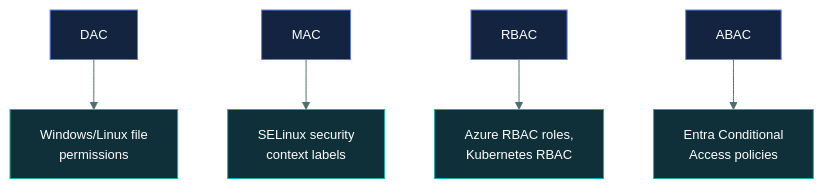
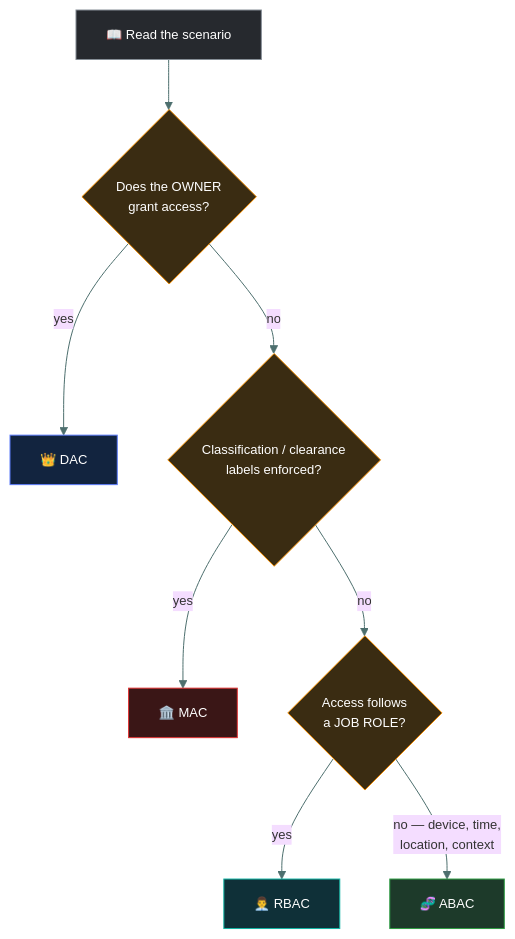
One commit to tarunTejaDesireddy/cc-exam-prep changed the fifth of 5 diagrams in 03-access-control/dac-mac-rbac-abac/README.md. Above: the diagram before and after it, drawn with Mermaid. The commit also changed other lines of this file, not shown here.

Commit message:
Replace DAC/MAC/RBAC/ABAC with caveman-style version, diagrams and questions

````diff
--- a/03-access-control/dac-mac-rbac-abac/README.md
+++ b/03-access-control/dac-mac-rbac-abac/README.md
@@ -244,17 +427,20 @@
 ```mermaid
 %%{init: {'theme':'base','themeVariables':{'fontSize':'13px','lineColor':'#4d6f6e','textColor':'#dbe7e6'}}}%%
 flowchart TD
-    D["DAC"] --> D1["Windows/Linux file<br/>permissions"]
-    M["MAC"] --> M1["SELinux security<br/>context labels"]
-    R["RBAC"] --> R1["Azure RBAC roles,<br/>Kubernetes RBAC"]
-    A["ABAC"] --> A1["Entra Conditional<br/>Access policies"]
+    S["📖 Read the scenario"] --> Q1{"Does the OWNER<br/>grant access?"}
+    Q1 -->|"yes"| D["👑 DAC"]
+    Q1 -->|"no"| Q2{"Classification / clearance<br/>labels enforced?"}
+    Q2 -->|"yes"| M["🏛️ MAC"]
+    Q2 -->|"no"| Q3{"Access follows<br/>a JOB ROLE?"}
+    Q3 -->|"yes"| R["👨‍💼 RBAC"]
+    Q3 -->|"no — device, time,<br/>location, context"| A["🧬 ABAC"]
 
+    style S fill:#26292e,stroke:#868E96,color:#fff
+    style Q1 fill:#3a2c12,stroke:#F08C00,color:#fff
+    style Q2 fill:#3a2c12,stroke:#F08C00,color:#fff
+    style Q3 fill:#3a2c12,stroke:#F08C00,color:#fff
     style D fill:#12243f,stroke:#5C7CFA,color:#fff
-    style M fill:#12243f,stroke:#5C7CFA,color:#fff
-    style R fill:#12243f,stroke:#5C7CFA,color:#fff
-    style A fill:#12243f,stroke:#5C7CFA,color:#fff
-    style D1 fill:#0f3038,stroke:#12B5A5,color:#fff
-    style M1 fill:#0f3038,stroke:#12B5A5,color:#fff
-    style R1 fill:#0f3038,stroke:#12B5A5,color:#fff
-    style A1 fill:#0f3038,stroke:#12B5A5,color:#fff
+    style M fill:#3a1616,stroke:#E03131,color:#fff
+    style R fill:#0f3038,stroke:#12B5A5,color:#fff
+    style A fill:#1d3a2a,stroke:#2F9E44,color:#fff
 ```
````
